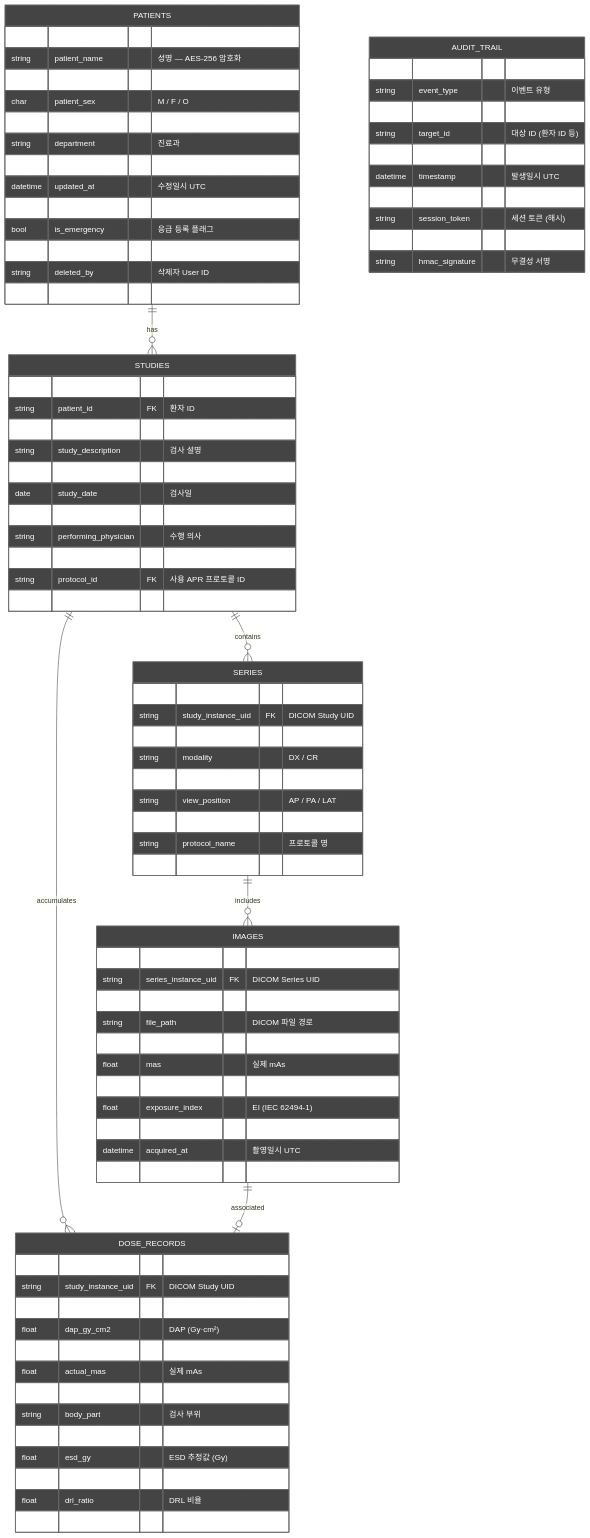
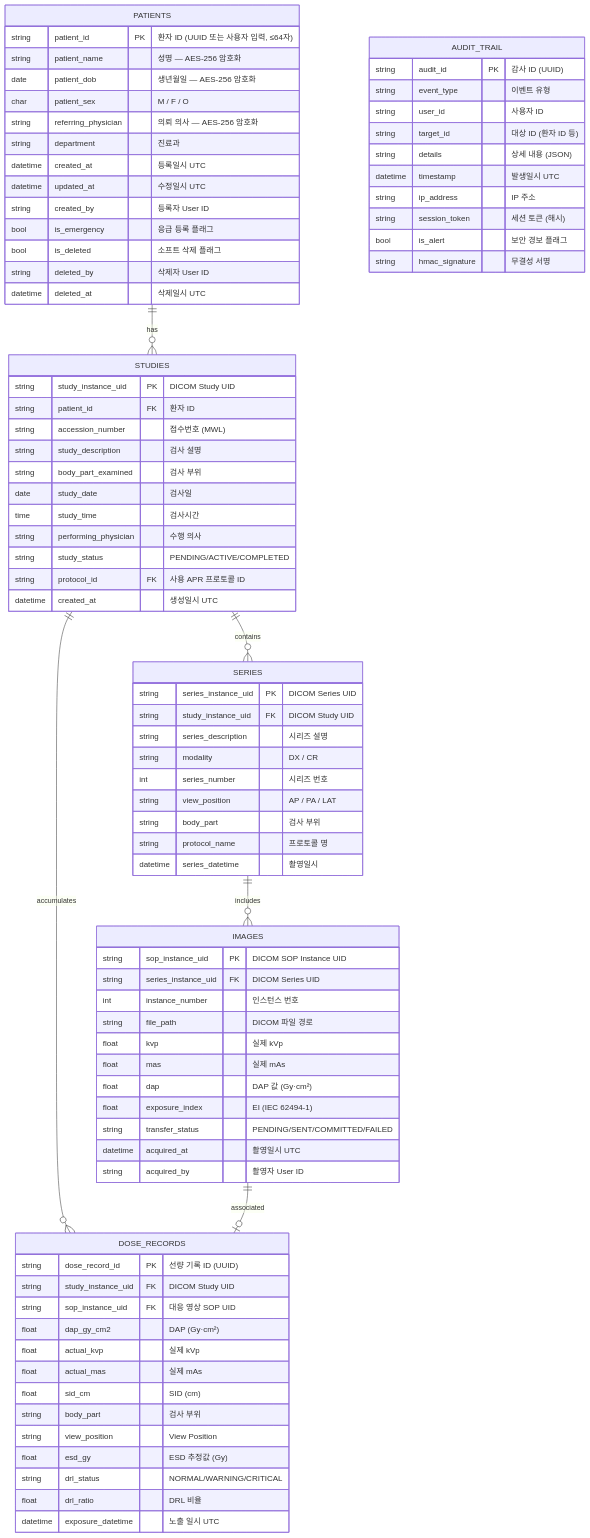
One commit to holee9/console-gui changed diagram 20 of 23 in docs/planning/DOC-007_SDS_v1.0.md. Above: the diagram before and after it, drawn with Mermaid. The commit also changed other lines of this file and 3 other files, not shown here.

First line of the commit message:
fix: stateDiagram/sequenceDiagram 등 비flowchart 차트에서 classDef 제거

````diff
--- a/docs/planning/DOC-007_SDS_v1.0.md
+++ b/docs/planning/DOC-007_SDS_v1.0.md
@@ -1734,5 +1732,4 @@
     SERIES ||--o{ IMAGES : "includes"
     STUDIES ||--o{ DOSE_RECORDS : "accumulates"
     IMAGES ||--o| DOSE_RECORDS : "associated"
-    classDef default fill:#444,stroke:#666,color:#fff
 ```
````
